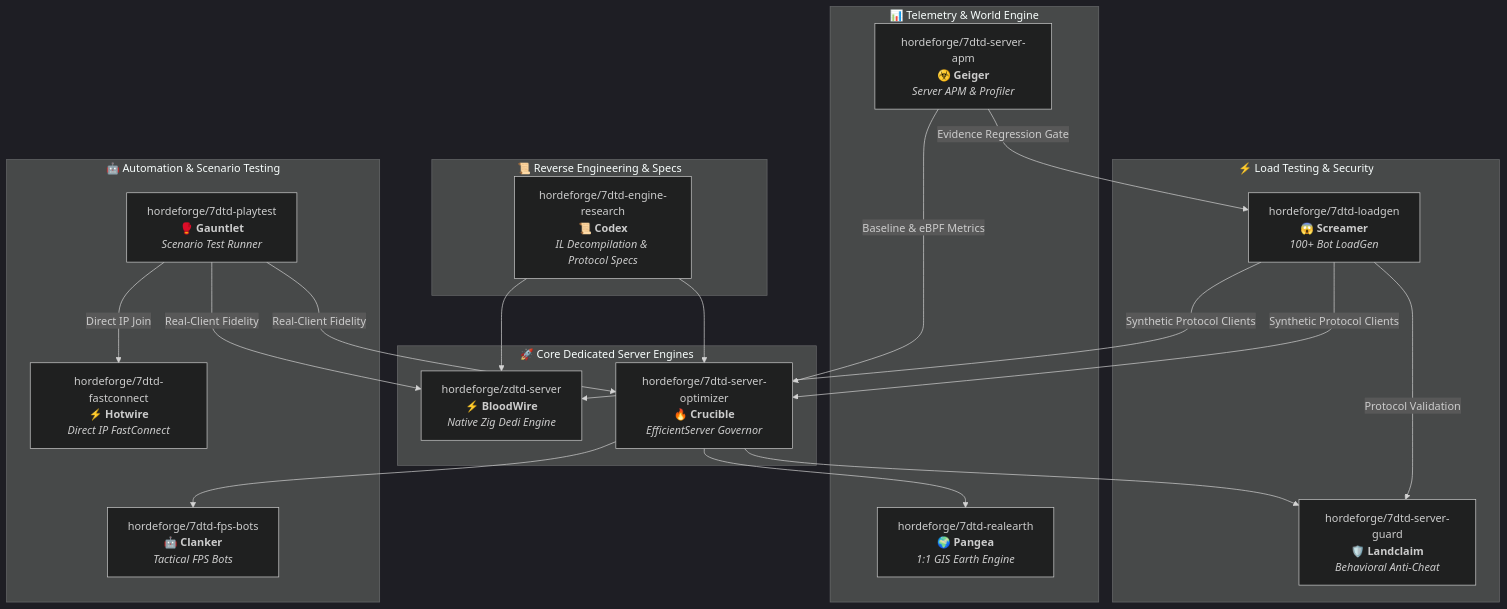
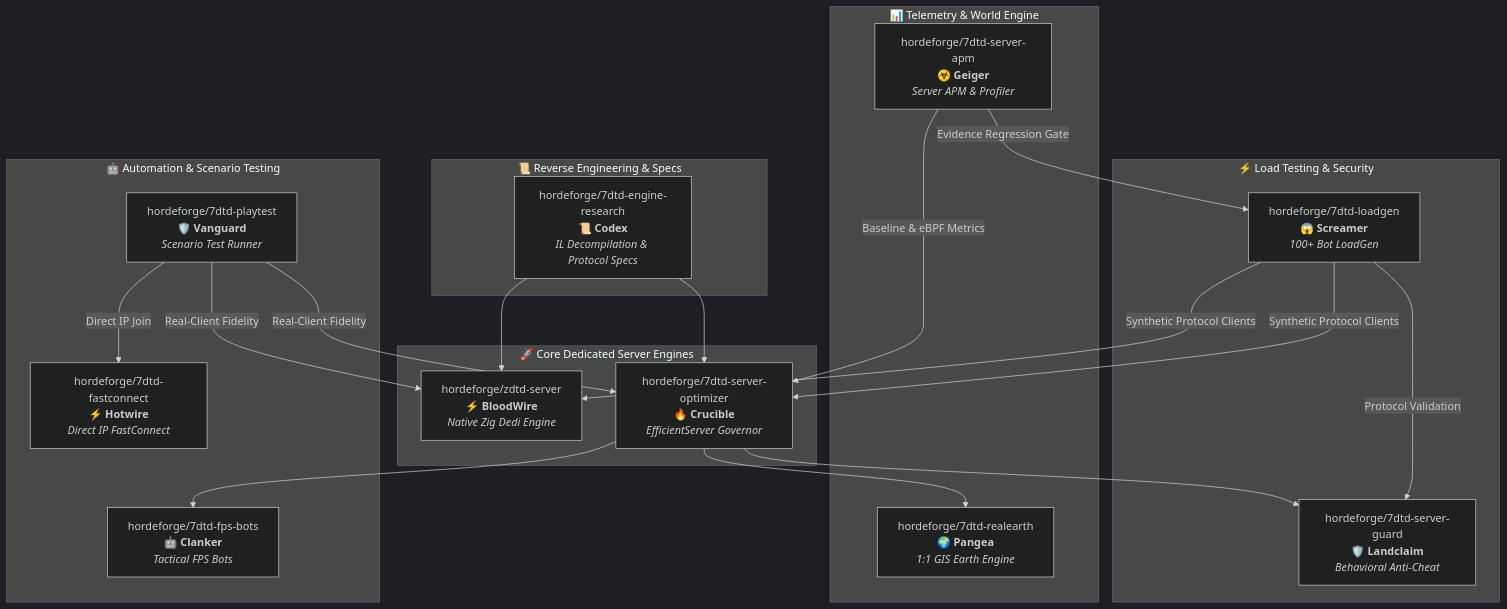
One commit to hordeforge/.github changed the diagram in README.md. Above: the diagram before and after it, drawn with Mermaid (dark theme). The commit also changed other lines of this file and 2 other files, not shown here.

Commit message:
Update profile README with Vanguard product name for 7dtd-playtest

````diff
--- a/README.md
+++ b/README.md
@@ -57,45 +57,45 @@
 ```mermaid
 flowchart TD
     subgraph Research ["📜 Reverse Engineering & Specs"]
         RES["hordeforge/7dtd-engine-research<br><b>📜 Codex</b><br><i>IL Decompilation & Protocol Specs</i>"]
     end
 
     subgraph CoreRuntimes ["🚀 Core Dedicated Server Engines"]
         ZDTD["hordeforge/zdtd-server<br><b>⚡ BloodWire</b><br><i>Native Zig Dedi Engine</i>"]
         OPT["hordeforge/7dtd-server-optimizer<br><b>🔥 Crucible</b><br><i>EfficientServer Governor</i>"]
     end
 
     subgraph LoadAndGuard ["⚡ Load Testing & Security"]
         LOAD["hordeforge/7dtd-loadgen<br><b>😱 Screamer</b><br><i>100+ Bot LoadGen</i>"]
         GUARD["hordeforge/7dtd-server-guard<br><b>🛡️ Landclaim</b><br><i>Behavioral Anti-Cheat</i>"]
     end
 
     subgraph TelemetryAndWorld ["📊 Telemetry & World Engine"]
         APM["hordeforge/7dtd-server-apm<br><b>☣️ Geiger</b><br><i>Server APM & Profiler</i>"]
         REAL["hordeforge/7dtd-realearth<br><b>🌍 Pangea</b><br><i>1:1 GIS Earth Engine</i>"]
     end
 
     subgraph BotAndAutomation ["🤖 Automation & Scenario Testing"]
-        PLAY["hordeforge/7dtd-playtest<br><b>🥊 Gauntlet</b><br><i>Scenario Test Runner</i>"]
+        PLAY["hordeforge/7dtd-playtest<br><b>🛡️ Vanguard</b><br><i>Scenario Test Runner</i>"]
         BOT["hordeforge/7dtd-fps-bots<br><b>🤖 Clanker</b><br><i>Tactical FPS Bots</i>"]
         CONN["hordeforge/7dtd-fastconnect<br><b>⚡ Hotwire</b><br><i>Direct IP FastConnect</i>"]
     end
 
     RES --> ZDTD
     RES --> OPT
 
     LOAD -->|Synthetic Protocol Clients| ZDTD
     LOAD -->|Synthetic Protocol Clients| OPT
     LOAD -->|Protocol Validation| GUARD
 
     APM -->|Baseline & eBPF Metrics| OPT
     APM -->|Evidence Regression Gate| LOAD
 
     PLAY -->|Real-Client Fidelity| ZDTD
     PLAY -->|Real-Client Fidelity| OPT
     PLAY -->|Direct IP Join| CONN
 
     OPT --> GUARD
     OPT --> REAL
     OPT --> BOT
 ```
````
